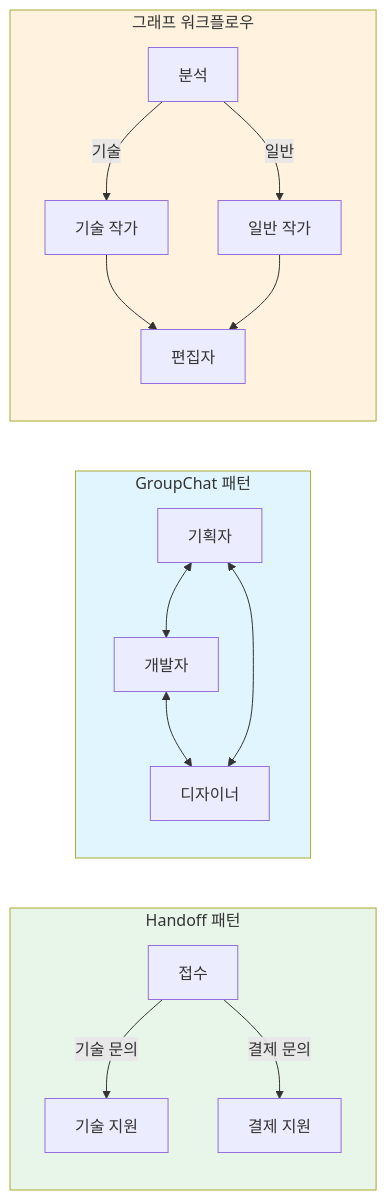
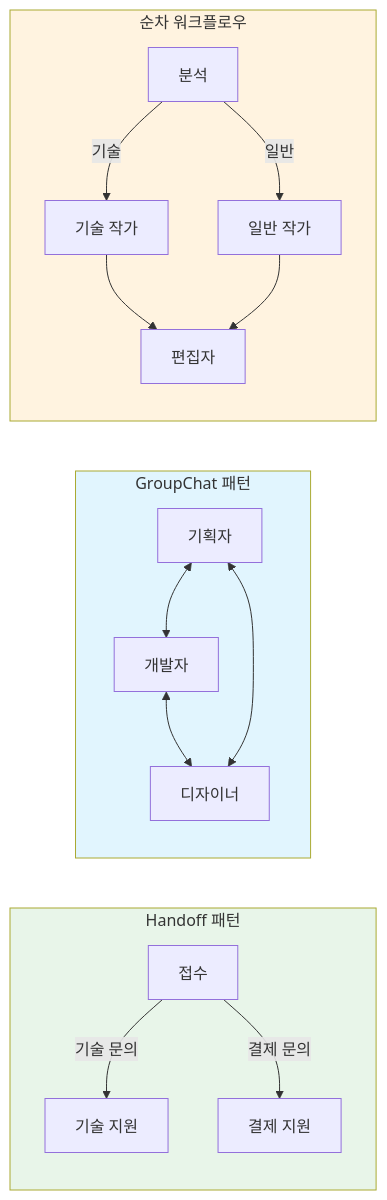
One commit to junwoojeong100/copilot-cli-foundry-agents changed the fifth of 5 diagrams in docs/architecture.md. Above: the diagram before and after it, drawn with Mermaid. The commit also changed other lines of this file and 11 other files, not shown here.

````diff
--- a/docs/architecture.md
+++ b/docs/architecture.md
@@ -139,24 +139,24 @@
 ```mermaid
 graph LR
     subgraph Handoff["Handoff 패턴"]
         T[접수] -->|기술 문의| TS[기술 지원]
         T -->|결제 문의| B[결제 지원]
     end
 
     subgraph GroupChat["GroupChat 패턴"]
         P[기획자] <--> D[개발자]
         D <--> DS[디자이너]
         DS <--> P
     end
 
-    subgraph Graph["그래프 워크플로우"]
+    subgraph Graph["순차 워크플로우"]
         AN[분석] -->|기술| TW[기술 작가]
         AN -->|일반| GW[일반 작가]
         TW --> ED[편집자]
         GW --> ED
     end
 
     style Handoff fill:#e8f5e9
     style GroupChat fill:#e1f5fe
     style Graph fill:#fff3e0
 ```
````
